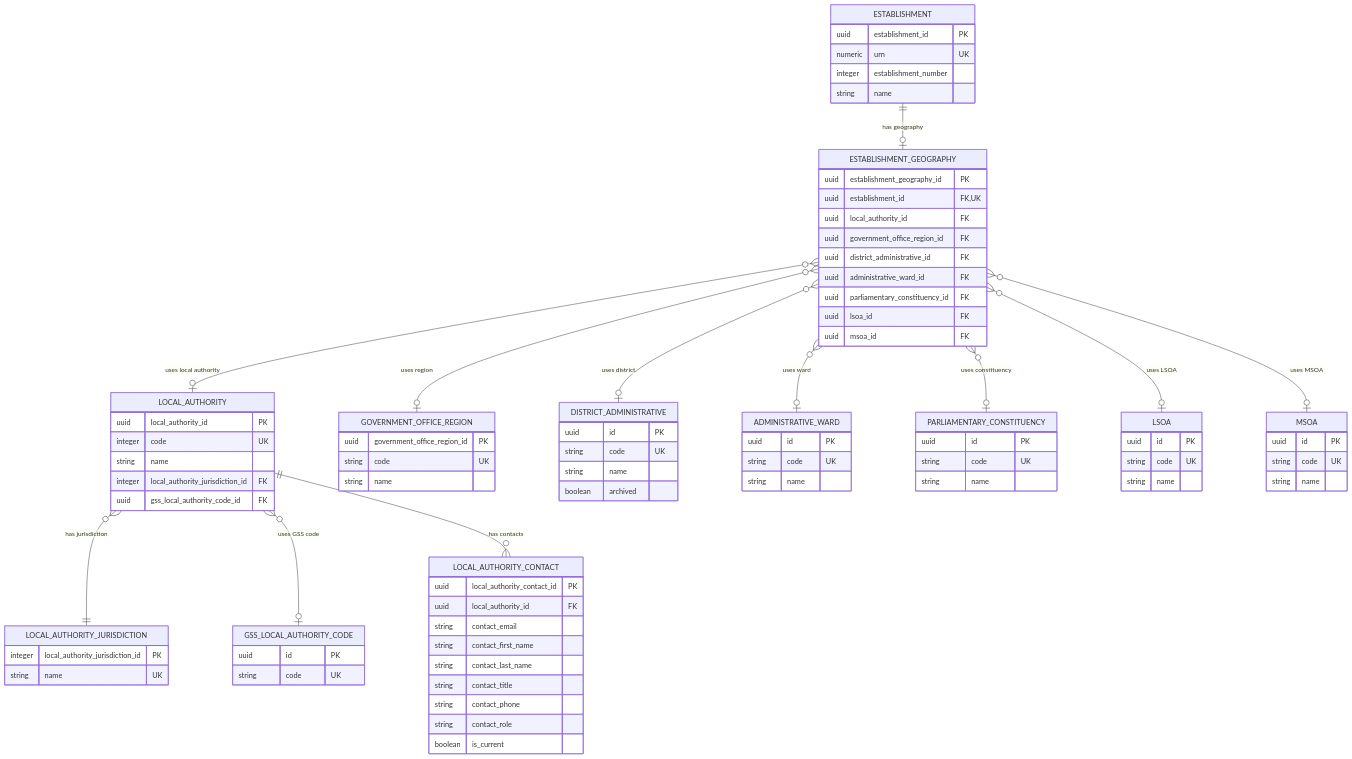
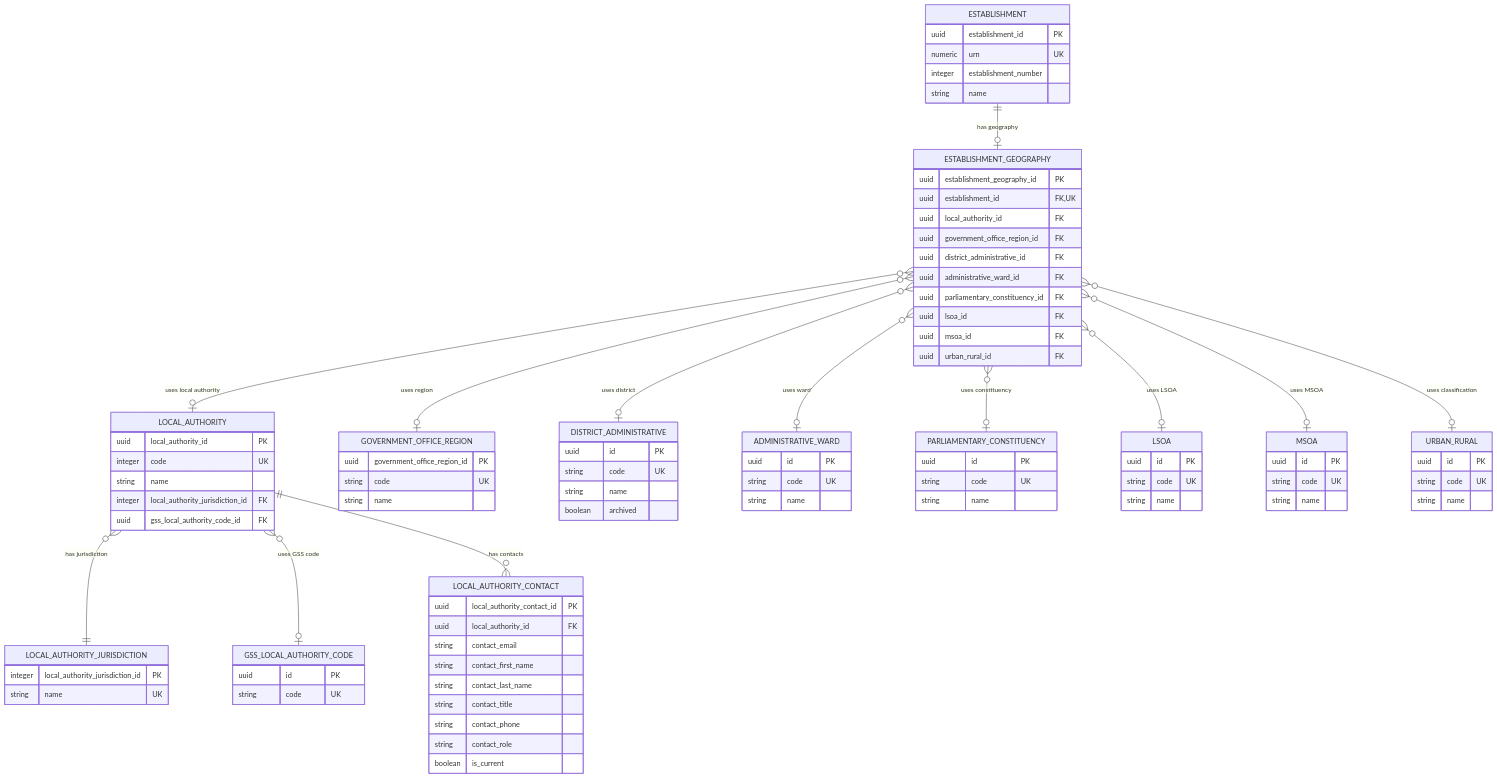
The diagram in models/logical/establishment/geography.md (DFE-Digital/education-provider-registry-docs), drawn with Mermaid before and after one commit. The commit also changed other lines of this file and 20 other files, not shown here.

Commit message:
urban/rural

```diff
--- a/models/logical/establishment/geography.md
+++ b/models/logical/establishment/geography.md
@@ -31,6 +34,7 @@
     ESTABLISHMENT_GEOGRAPHY }o--o| PARLIAMENTARY_CONSTITUENCY : "uses constituency"
     ESTABLISHMENT_GEOGRAPHY }o--o| LSOA : "uses LSOA"
     ESTABLISHMENT_GEOGRAPHY }o--o| MSOA : "uses MSOA"
+    ESTABLISHMENT_GEOGRAPHY }o--o| URBAN_RURAL : "uses classification"
     LOCAL_AUTHORITY }o--|| LOCAL_AUTHORITY_JURISDICTION : "has jurisdiction"
     LOCAL_AUTHORITY }o--o| GSS_LOCAL_AUTHORITY_CODE : "uses GSS code"
     LOCAL_AUTHORITY ||--o{ LOCAL_AUTHORITY_CONTACT : "has contacts"
@@ -52,6 +56,7 @@
         uuid parliamentary_constituency_id FK
         uuid lsoa_id FK
         uuid msoa_id FK
+        uuid urban_rural_id FK
     }
 
     GOVERNMENT_OFFICE_REGION {
@@ -91,6 +96,12 @@
         string name
     }
 
+    URBAN_RURAL {
+        uuid id PK
+        string code UK
+        string name
+    }
+
     LOCAL_AUTHORITY {
         uuid local_authority_id PK
         integer code UK
```
